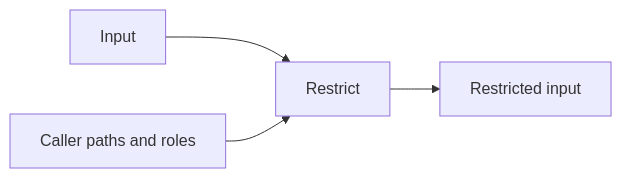
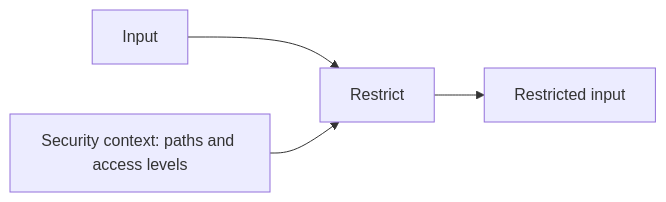
Before and after one commit to gitlabhq/orbit-knowledge-graph: the fifth of 26 diagrams in docs/pages/engineering/architecture/query-engine.md, drawn with Mermaid. The commit also changed other lines of this file and 2 other files, not shown here.

Commit message:
docs(architecture): tighten the querying pages and add the engine walkthrough

````diff
--- a/docs/pages/engineering/architecture/query-engine.md
+++ b/docs/pages/engineering/architecture/query-engine.md
@@ -70,6 +165,6 @@
 ```mermaid
 flowchart LR
     Input --> Restrict
-    Caller[Caller paths and roles] --> Restrict
+    Context[Security context: paths and access levels] --> Restrict
     Restrict --> Restricted[Restricted input]
 ```
````
